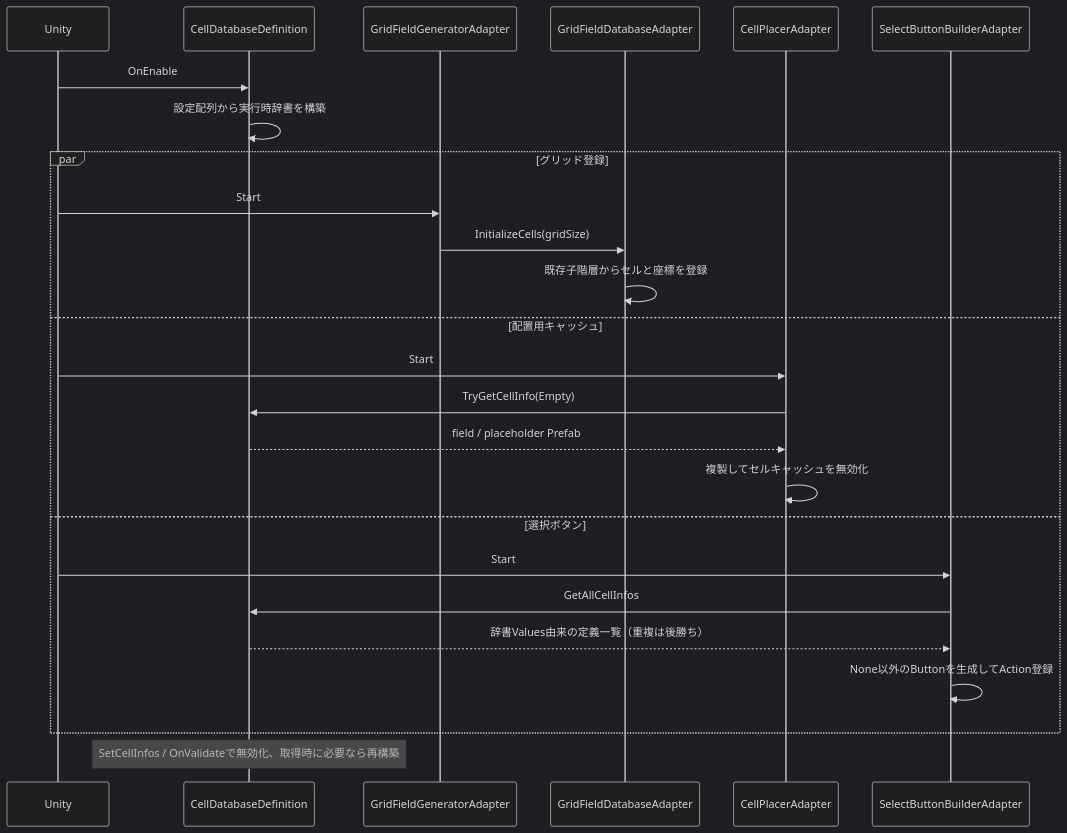
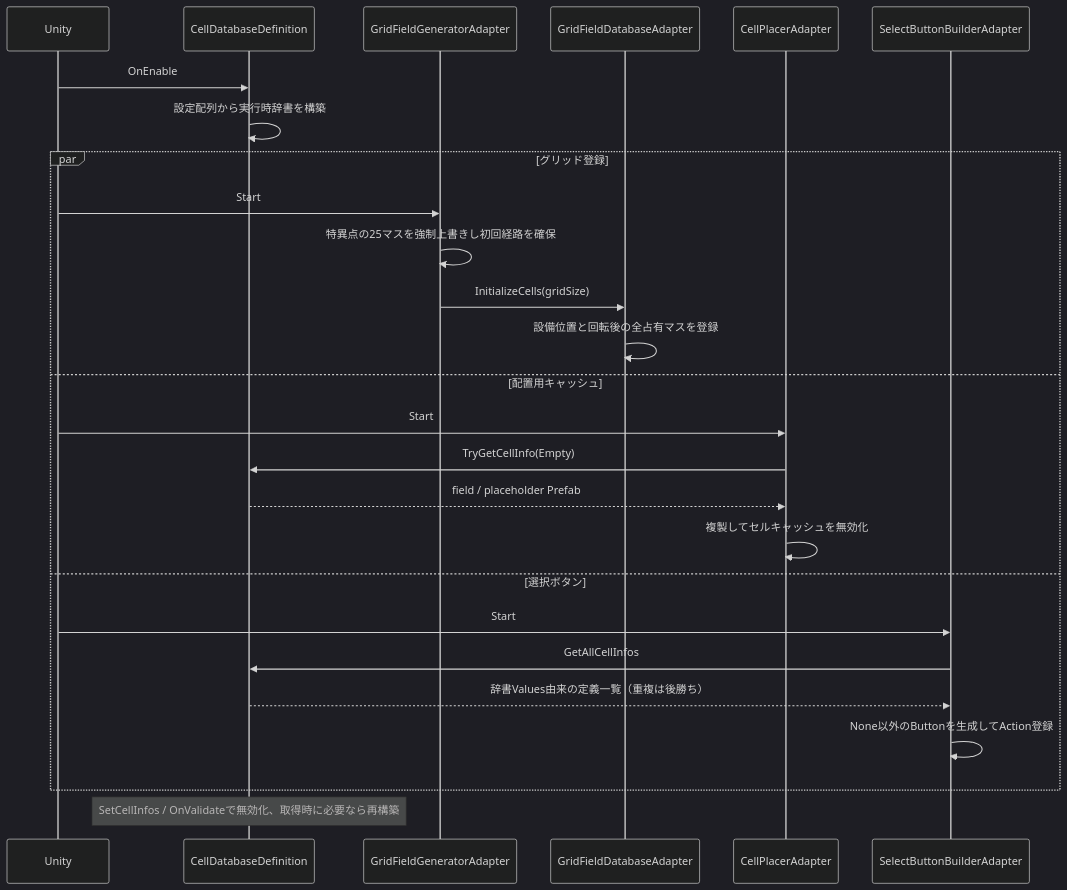
Before and after one commit to AoiTomiyama/FactoryGame: the first of 5 diagrams in docs/design/architecture-sequences.md, drawn with Mermaid (dark theme). The commit also changed other lines of this file and 12 other files, not shown here.

````diff
--- a/docs/design/architecture-sequences.md
+++ b/docs/design/architecture-sequences.md
@@ -10,27 +10,28 @@
 ```mermaid
 sequenceDiagram
  participant U as Unity
  participant D as CellDatabaseDefinition
  participant G as GridFieldGeneratorAdapter
  participant F as GridFieldDatabaseAdapter
  participant P as CellPlacerAdapter
  participant B as SelectButtonBuilderAdapter
  U->>D: OnEnable
  D->>D: 設定配列から実行時辞書を構築
  par グリッド登録
   U->>G: Start
+  G->>G: 特異点の25マスを強制上書きし初回経路を確保
   G->>F: InitializeCells(gridSize)
-  F->>F: 既存子階層からセルと座標を登録
+  F->>F: 設備位置と回転後の全占有マスを登録
  and 配置用キャッシュ
   U->>P: Start
   P->>D: TryGetCellInfo(Empty)
   D-->>P: field / placeholder Prefab
   P->>P: 複製してセルキャッシュを無効化
  and 選択ボタン
   U->>B: Start
   B->>D: GetAllCellInfos
   D-->>B: 辞書Values由来の定義一覧（重複は後勝ち）
   B->>B: None以外のButtonを生成してAction登録
  end
  Note over D: SetCellInfos / OnValidateで無効化、取得時に必要なら再構築
 ```
````
